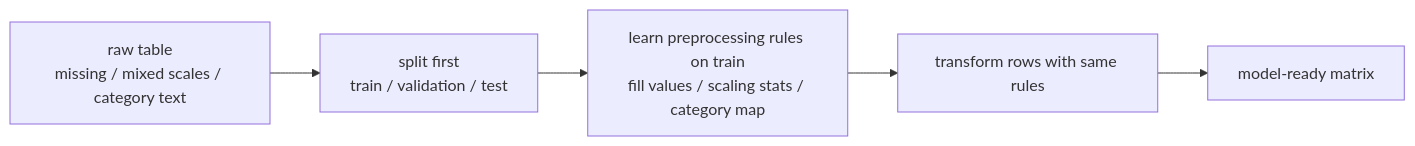
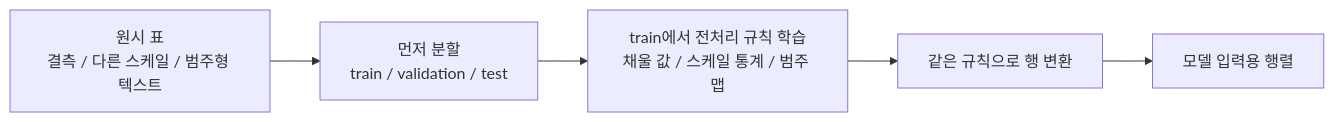
Before and after one commit to devchan64/AiBook: the first of 4 diagrams in docs/parts/part-04/chapter-07/section-02.md, drawn with Mermaid. The commit also changed other lines of this file and 138 other files, not shown here.

````diff
--- a/docs/parts/part-04/chapter-07/section-02.md
+++ b/docs/parts/part-04/chapter-07/section-02.md
@@ -228,10 +228,10 @@
 ```mermaid
 flowchart LR
-  A["raw table<br/>missing / mixed scales / category text"]
-  B["split first<br/>train / validation / test"]
-  C["learn preprocessing rules on train<br/>fill values / scaling stats / category map"]
-  D["transform rows with same rules"]
-  E["model-ready matrix"]
+  A["원시 표<br/>결측 / 다른 스케일 / 범주형 텍스트"]
+  B["먼저 분할<br/>train / validation / test"]
+  C["train에서 전처리 규칙 학습<br/>채울 값 / 스케일 통계 / 범주 맵"]
+  D["같은 규칙으로 행 변환"]
+  E["모델 입력용 행렬"]
 
   A --> B --> C --> D --> E
 ```
````
